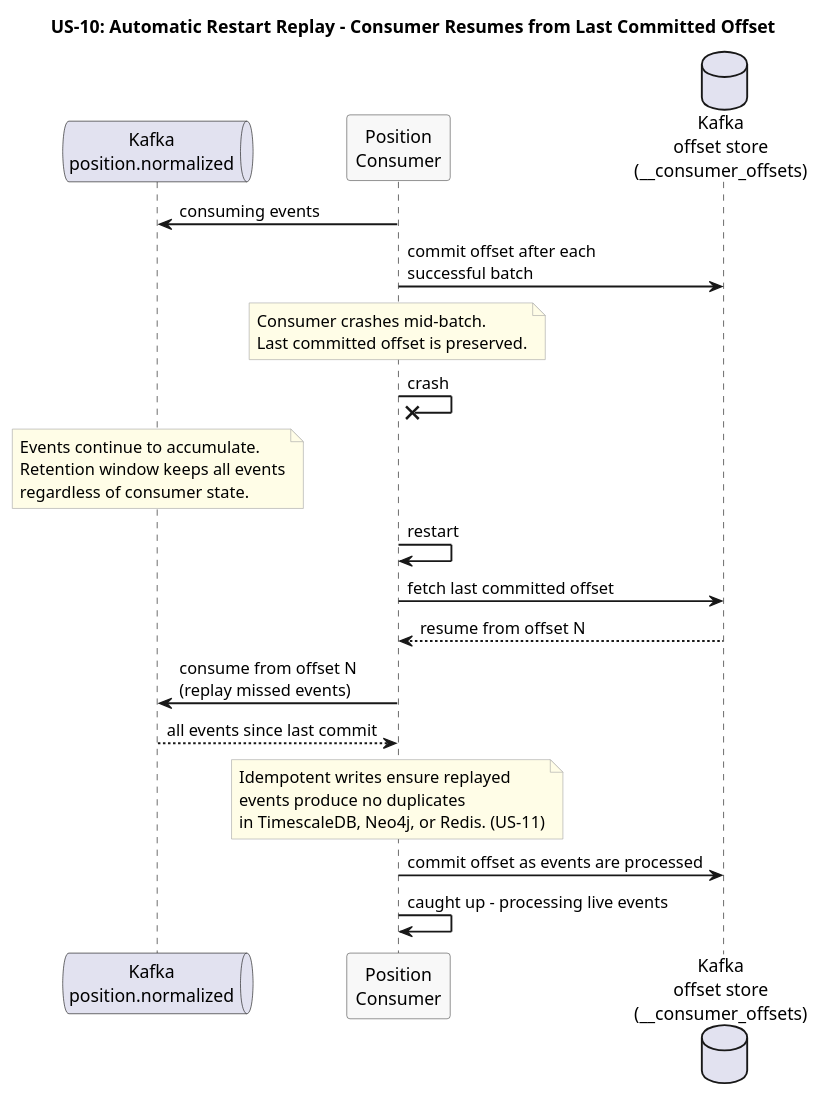
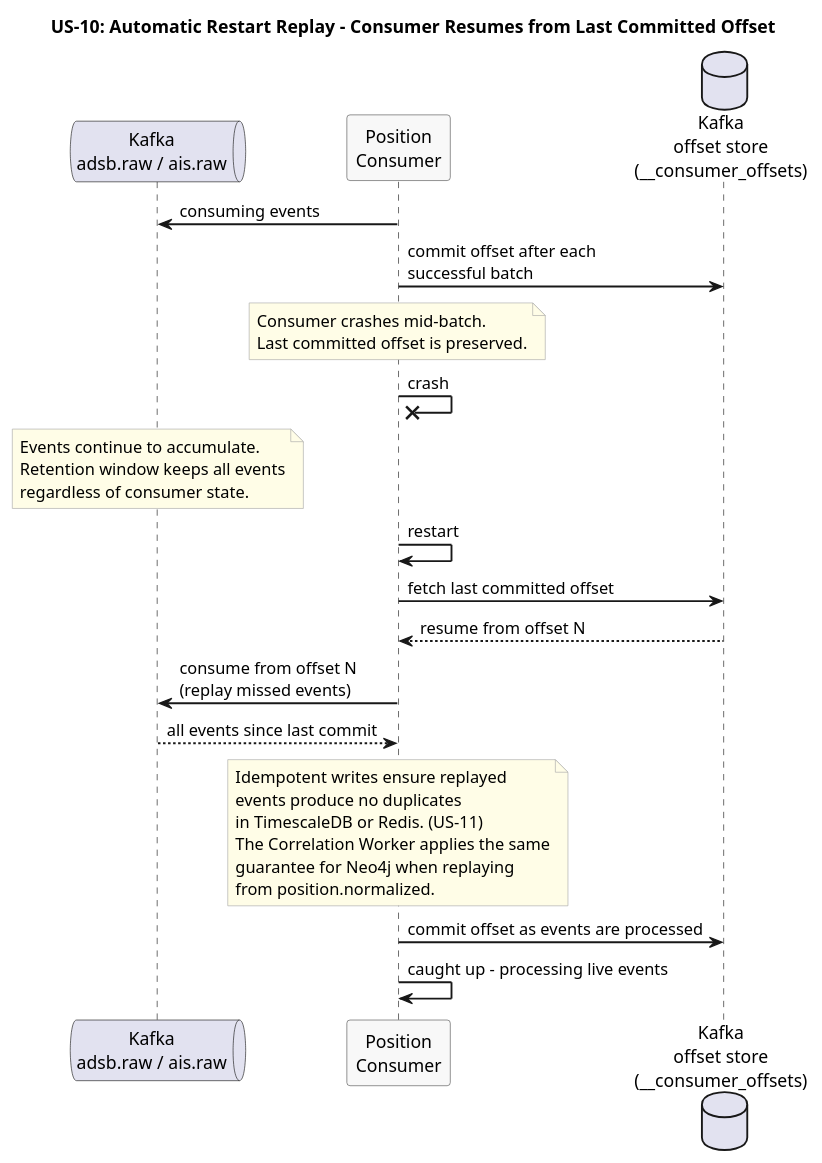
Before and after one commit to Buffden/sentinel: the diagram in docs/use-cases/US-10-event-replay/automatic-restart-replay.puml, drawn with PlantUML. The commit also changed 4 other files, not shown here.

Commit message:
docs: fix two-stage Kafka pipeline in diagrams - poller publishes to adsb.raw, position consumer normalizes and forwards to position.normalized

```diff
--- a/docs/use-cases/US-10-event-replay/automatic-restart-replay.puml
+++ b/docs/use-cases/US-10-event-replay/automatic-restart-replay.puml
@@ -1,46 +1,49 @@
 @startuml automatic-restart-replay
 title US-10: Automatic Restart Replay - Consumer Resumes from Last Committed Offset
 
 skinparam sequenceArrowThickness 1.5
 skinparam participantBorderColor #555555
 skinparam participantBackgroundColor #F8F8F8
 skinparam noteBorderColor #AAAAAA
 skinparam noteBackgroundColor #FFFDE7
 
-queue "Kafka\nposition.normalized" as Kafka
+queue "Kafka\nadsb.raw / ais.raw" as Kafka
 participant "Position\nConsumer" as Consumer
 database "Kafka\noffset store\n(__consumer_offsets)" as Offsets
 
 Consumer -> Kafka : consuming events
 Consumer -> Offsets : commit offset after each\nsuccessful batch
 
 note over Consumer
   Consumer crashes mid-batch.
   Last committed offset is preserved.
 end note
 
 Consumer ->x Consumer : crash
 
 note over Kafka
   Events continue to accumulate.
   Retention window keeps all events
   regardless of consumer state.
 end note
 
 Consumer -> Consumer : restart
 Consumer -> Offsets : fetch last committed offset
 Offsets --> Consumer : resume from offset N
 
 Consumer -> Kafka : consume from offset N\n(replay missed events)
 Kafka --> Consumer : all events since last commit
 
 note over Consumer
   Idempotent writes ensure replayed
   events produce no duplicates
-  in TimescaleDB, Neo4j, or Redis. (US-11)
+  in TimescaleDB or Redis. (US-11)
+  The Correlation Worker applies the same
+  guarantee for Neo4j when replaying
+  from position.normalized.
 end note
 
 Consumer -> Offsets : commit offset as events are processed
 Consumer -> Consumer : caught up - processing live events
 
 @enduml
```
